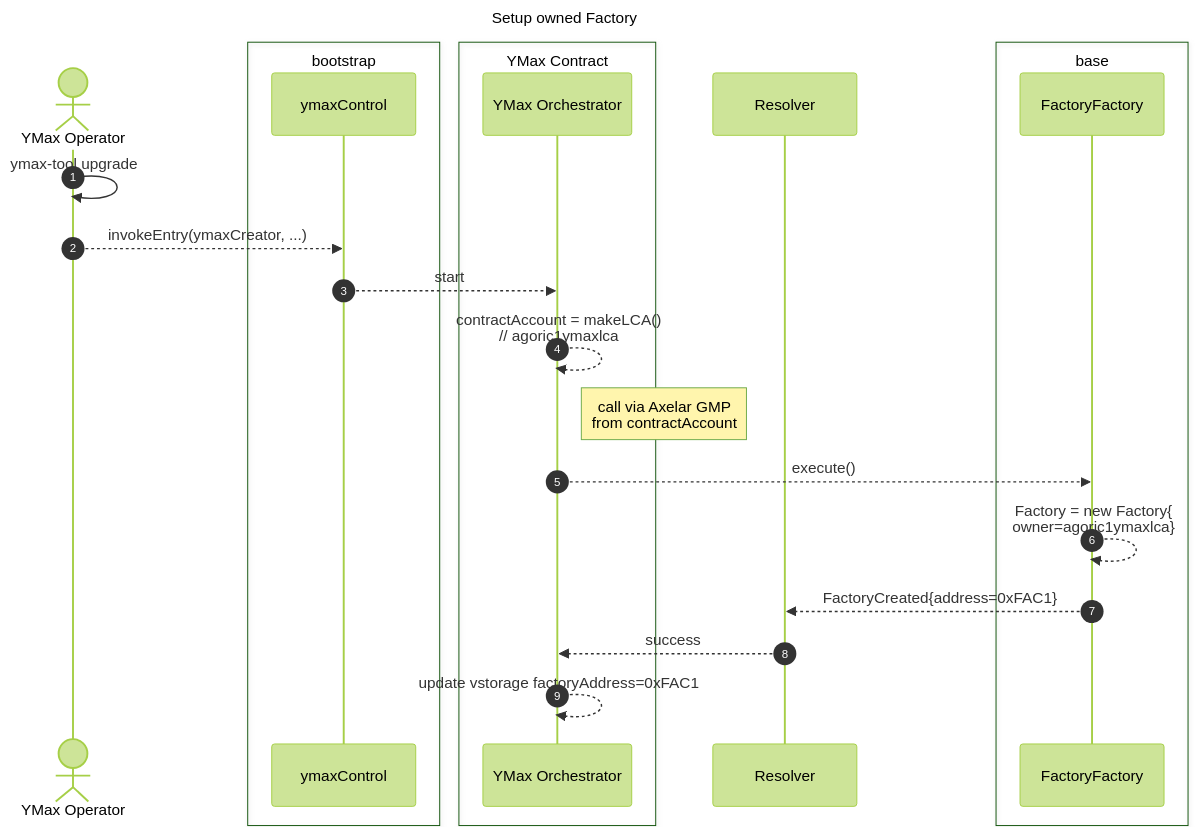
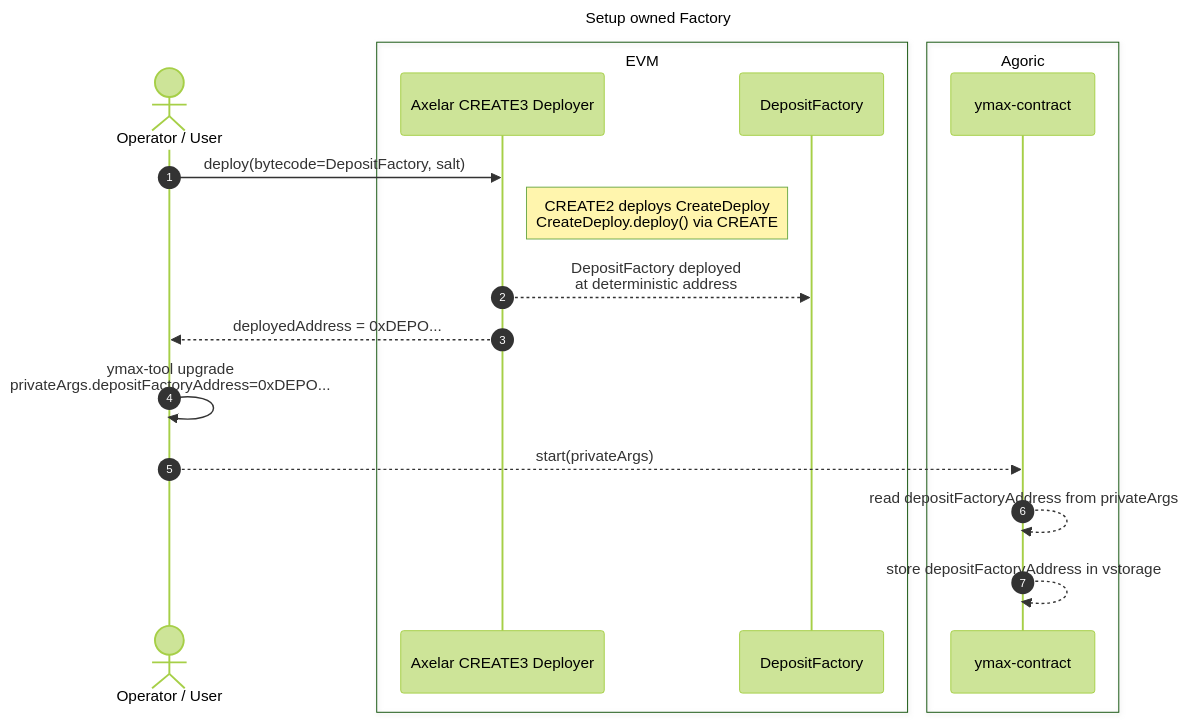
The sixth of 7 diagrams in packages/portfolio-contract/docs-design/evm-wallet.md (Agoric/agoric-sdk), drawn with Mermaid (forest theme) before and after one commit.

Commit message:
chore: updated diagram for setting up owned factory

````diff
--- a/packages/portfolio-contract/docs-design/evm-wallet.md
+++ b/packages/portfolio-contract/docs-design/evm-wallet.md
@@ -328,33 +328,34 @@
 ```mermaid
 sequenceDiagram
   title: Setup owned Factory
 
   %% Conventions:
-  %% - use `box` for vats / contracts
   %% - `->>` denotes a spontaneous action (initiating cause)
   %% - `-->>` denotes a consequence of a prior message
 
   autonumber
-  actor op as YMax Operator
-  box bootstrap
-    participant YC as ymaxControl
-  end
-  box YMax Contract
-    participant YO as YMax Orchestrator
-  end
-  participant R as Resolver
-  box base
-    participant FF as FactoryFactory
+  actor op as Operator / User
+
+  box EVM
+    participant C3 as Axelar CREATE3 Deployer
+    participant DF as DepositFactory
   end
 
-  op->>op: ymax-tool upgrade
-  op-->>YC: invokeEntry(ymaxCreator, ...)
-  YC-->>YO: start
-  YO-->>YO: contractAccount = makeLCA()<br/>// agoric1ymaxlca
-  note right of YO: call via Axelar GMP<br/>from contractAccount
-  YO-->>FF: execute()
-  FF-->>FF: Factory = new Factory{<br/>owner=agoric1ymaxlca}
-  FF-->>R: FactoryCreated{address=0xFAC1}
-  R -->> YO: success
-  YO-->>YO: update vstorage factoryAddress=0xFAC1
+  box Agoric
+    participant Y as ymax-contract
+  end
+
+  %% 1) Deploy DepositFactory using CREATE3
+  op->>C3: deploy(bytecode=DepositFactory, salt)
+  Note right of C3: CREATE2 deploys CreateDeploy<br/>CreateDeploy.deploy() via CREATE
+  C3-->>DF: DepositFactory deployed<br/>at deterministic address
+  C3-->>op: deployedAddress = 0xDEPO...
+
+  %% 2) Operator manually wires address into ymax-contract
+  op->>op: ymax-tool upgrade<br/>privateArgs.depositFactoryAddress=0xDEPO...
+  op-->>Y: start(privateArgs)
+
+  %% 3) ymax-contract persists the address
+  Y-->>Y: read depositFactoryAddress from privateArgs
+  Y-->>Y: store depositFactoryAddress in vstorage
 ```
````
